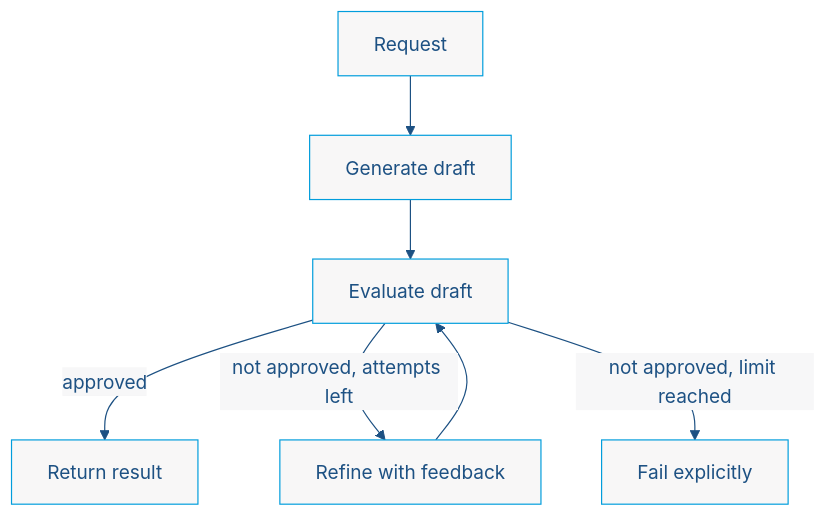
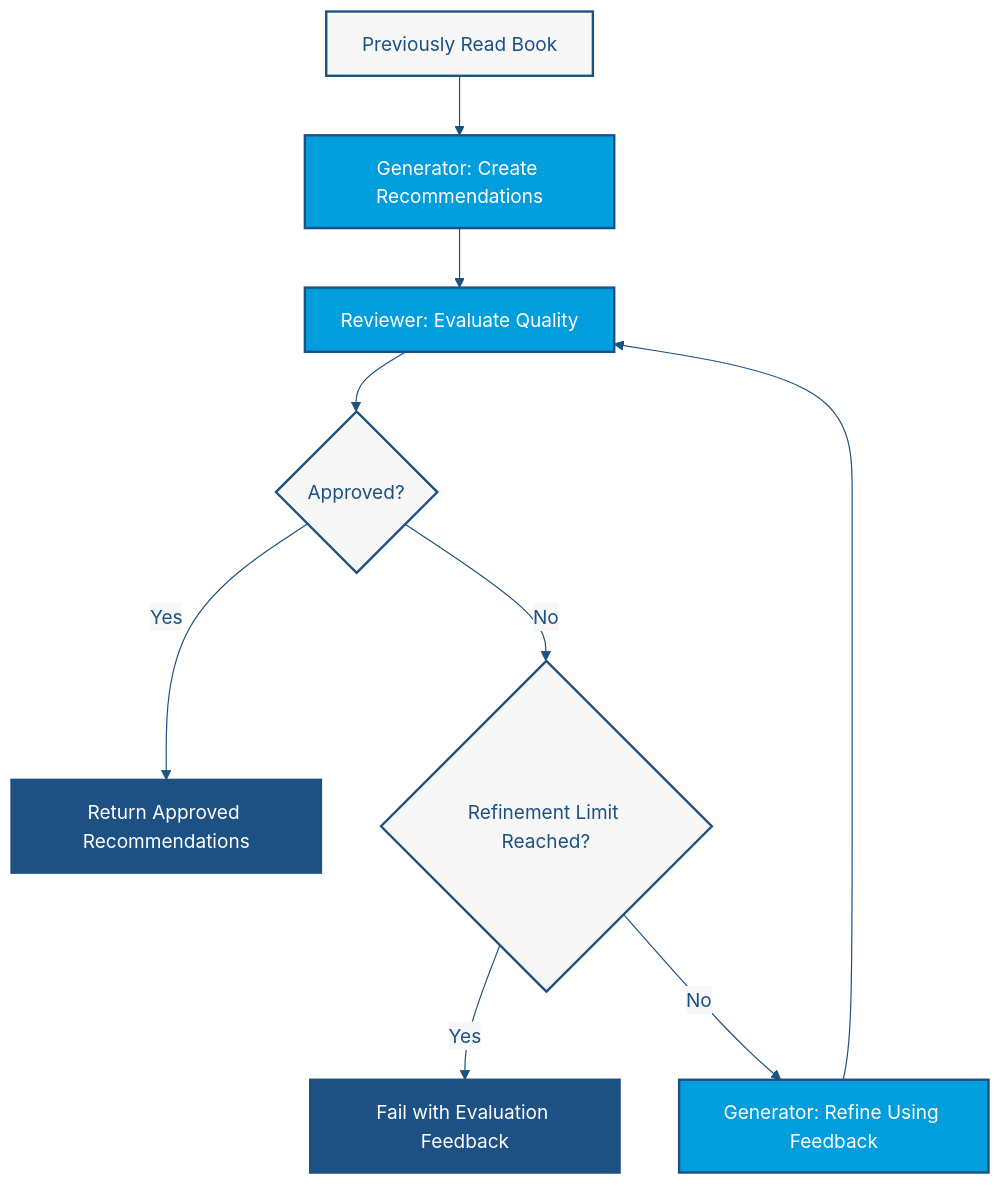
One commit to o-s-expert/ai-architecture-patterns-workshop changed the diagram in docs/labs/lab4-reflection.md. Above: the diagram before and after it, drawn with Mermaid. The commit also changed other lines of this file, not shown here.

Commit message:
docs(lab4): expand Reflection Architecture to include detailed problem statement, workflow, components, and step-by-step implementation

````diff
--- a/docs/labs/lab4-reflection.md
+++ b/docs/labs/lab4-reflection.md
@@ -27,10 +73,19 @@
 ```mermaid
 %%{init: {"theme": "base", "themeVariables": {"primaryColor": "#F8F7F7", "primaryBorderColor": "#019DDC", "primaryTextColor": "#1D5183", "lineColor": "#1D5183", "fontFamily": "Montserrat, sans-serif"}}}%%
 flowchart TD
-    A["Request"] --> B["Generate draft"]
-    B --> C["Evaluate draft"]
-    C -->|approved| D["Return result"]
-    C -->|not approved, attempts left| E["Refine with feedback"]
-    E --> C
-    C -->|not approved, limit reached| F["Fail explicitly"]
+    A["Previously Read Book"] --> B["Generator: Create Recommendations"]
+    B --> C["Reviewer: Evaluate Quality"]
+    C --> D{"Approved?"}
+    D -->|Yes| E["Return Approved Recommendations"]
+    D -->|No| F{"Refinement Limit Reached?"}
+    F -->|Yes| G["Fail with Evaluation Feedback"]
+    F -->|No| H["Generator: Refine Using Feedback"]
+    H --> C
+
+    classDef base fill:#F8F7F7,stroke:#1D5183,color:#1D5183,stroke-width:2px;
+    classDef ai fill:#019DDC,stroke:#1D5183,color:#FFFFFF,stroke-width:2px;
+    classDef stop fill:#1D5183,stroke:#1D5183,color:#FFFFFF,stroke-width:2px;
+    class A,D,F base;
+    class B,C,H ai;
+    class E,G stop;
 ```
````
